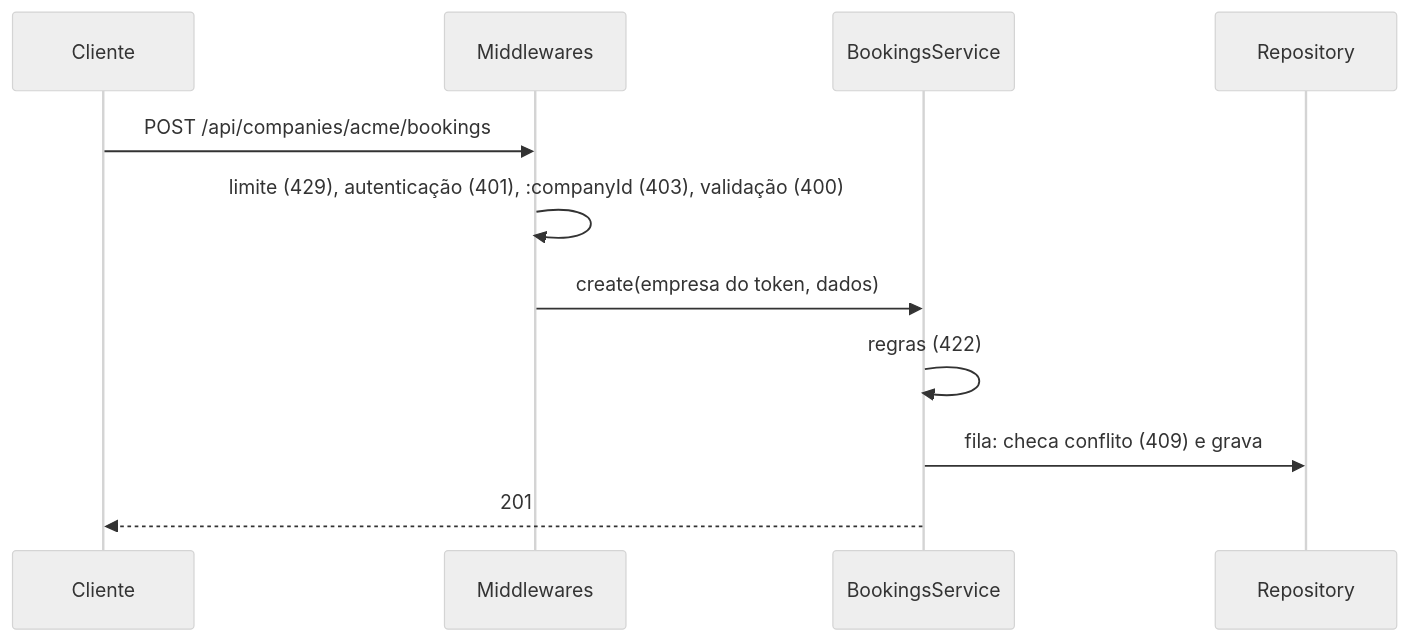
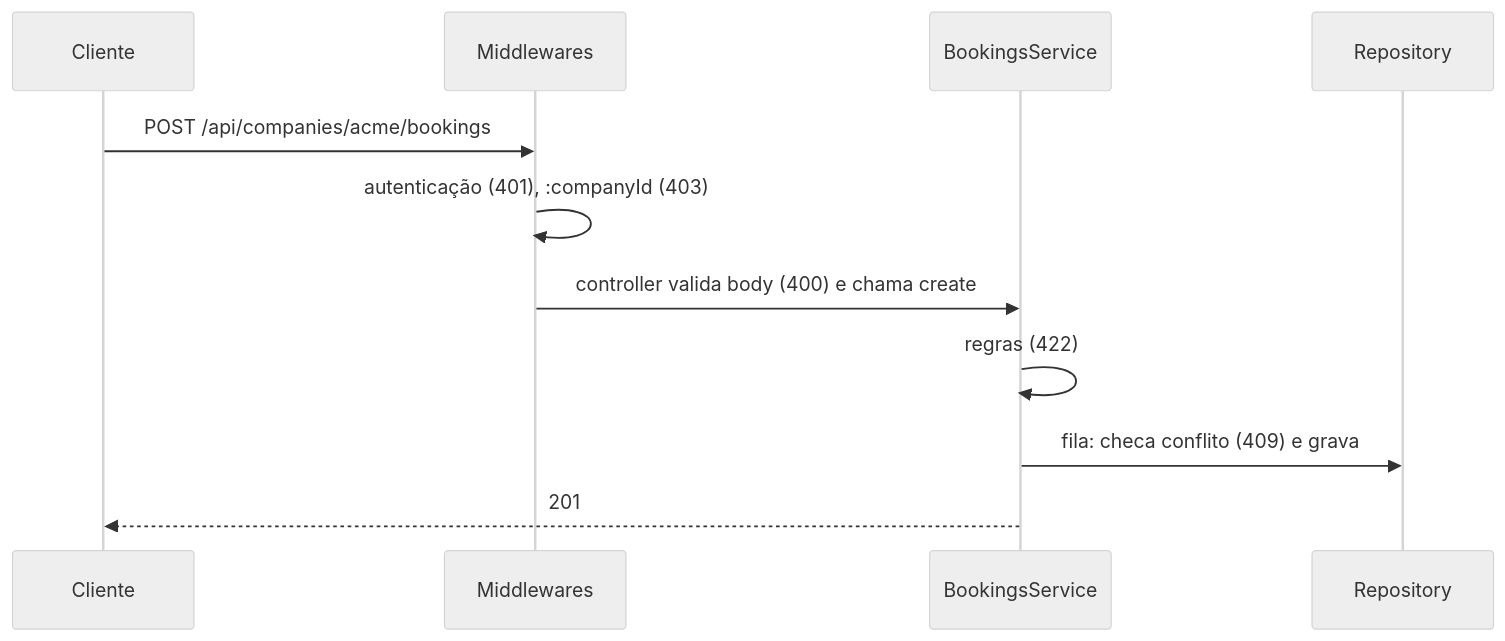
Before and after one commit to FelipeGabriel7/salabloco-desafio-tecnico: the second of 2 diagrams in docs/arquitetura/arquitetura.md, drawn with Mermaid (neutral theme). The commit also changed other lines of this file and 23 other files, not shown here.

````diff
--- a/docs/arquitetura/arquitetura.md
+++ b/docs/arquitetura/arquitetura.md
@@ -76,13 +76,13 @@
 ```mermaid
 sequenceDiagram
   participant C as Cliente
   participant M as Middlewares
   participant S as BookingsService
   participant P as Repository
   C->>M: POST /api/companies/acme/bookings
-  M->>M: limite (429), autenticação (401), :companyId (403), validação (400)
-  M->>S: create(empresa do token, dados)
+  M->>M: autenticação (401), :companyId (403)
+  M->>S: controller valida body (400) e chama create
   S->>S: regras (422)
   S->>P: fila: checa conflito (409) e grava
   S-->>C: 201
 ```
````
